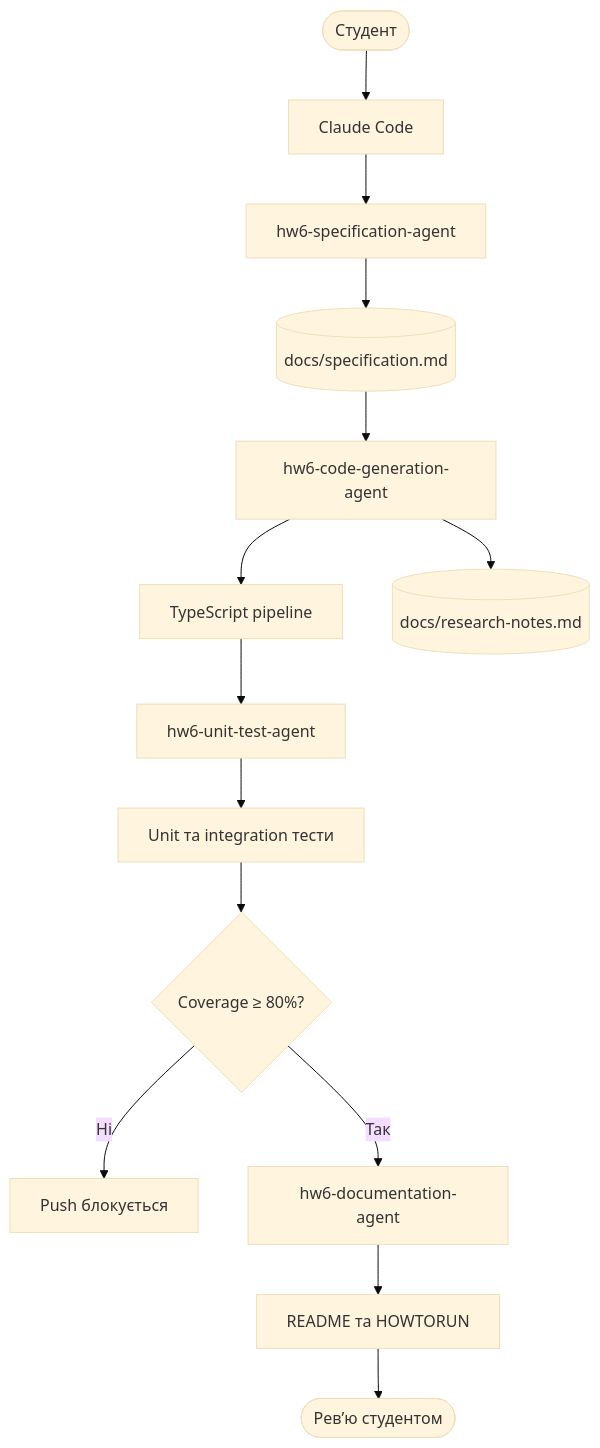
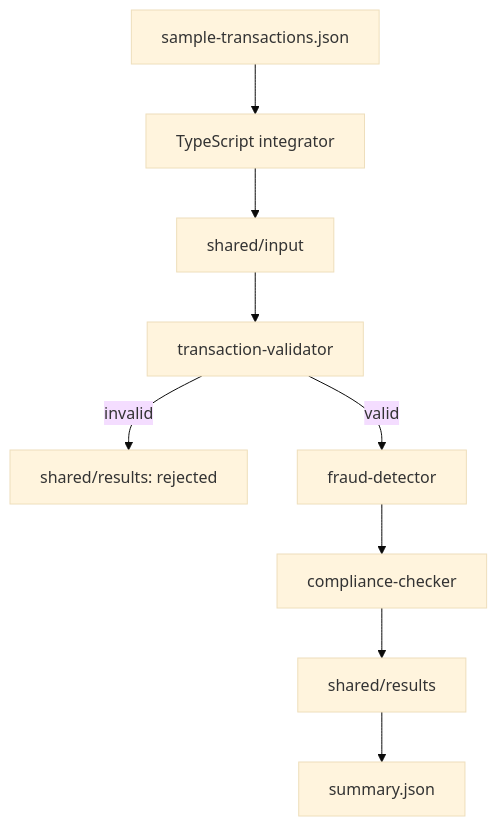
Before and after one commit to zpawn/gen-ai-software-engineering: the first of 2 diagrams in homework-6/README.md, drawn with Mermaid (base theme). The commit also changed other lines of this file and 30 other files, not shown here.

````diff
--- a/homework-6/README.md
+++ b/homework-6/README.md
@@ -44,20 +38,11 @@
 ```mermaid
 flowchart TD
-    User([Студент]) --> Claude[Claude Code]
-
-    Claude --> SpecAgent[hw6-specification-agent]
-    SpecAgent --> Spec[(docs/specification.md)]
-
-    Spec --> CodeAgent[hw6-code-generation-agent]
-    CodeAgent --> App[TypeScript pipeline]
-    CodeAgent --> Research[(docs/research-notes.md)]
-
-    App --> TestAgent[hw6-unit-test-agent]
-    TestAgent --> Tests[Unit та integration тести]
-    Tests --> Coverage{Coverage ≥ 80%?}
-    Coverage -->|Ні| Block[Push блокується]
-    Coverage -->|Так| DocsAgent[hw6-documentation-agent]
-
-    DocsAgent --> Docs[README та HOWTORUN]
-    Docs --> Review([Рев’ю студентом])
+    Sample[sample-transactions.json] --> Integrator[TypeScript integrator]
+    Integrator --> Input[shared/input]
+    Input --> Validator[transaction-validator]
+    Validator -->|invalid| Rejected[shared/results: rejected]
+    Validator -->|valid| Fraud[fraud-detector]
+    Fraud --> Compliance[compliance-checker]
+    Compliance --> Results[shared/results]
+    Results --> Summary[summary.json]
 ```
````
